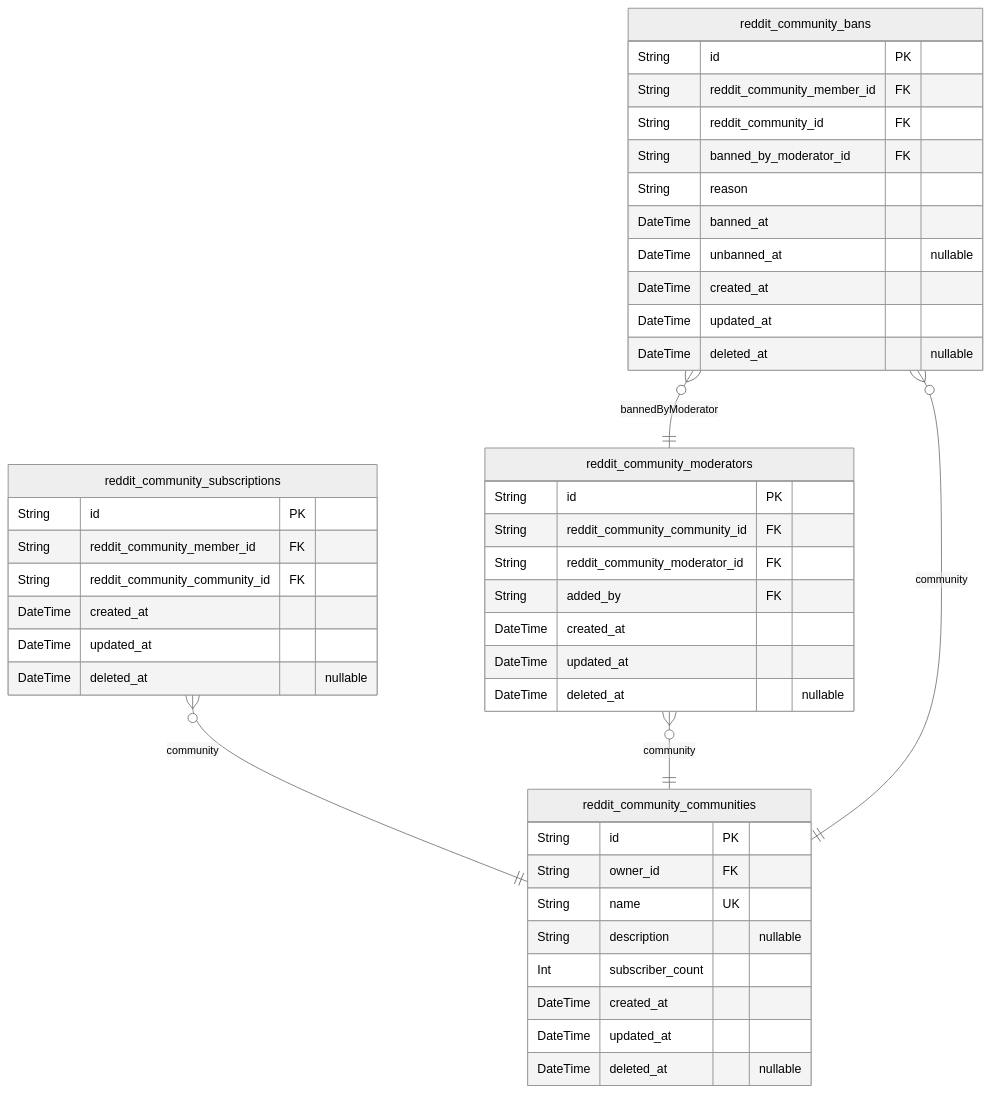
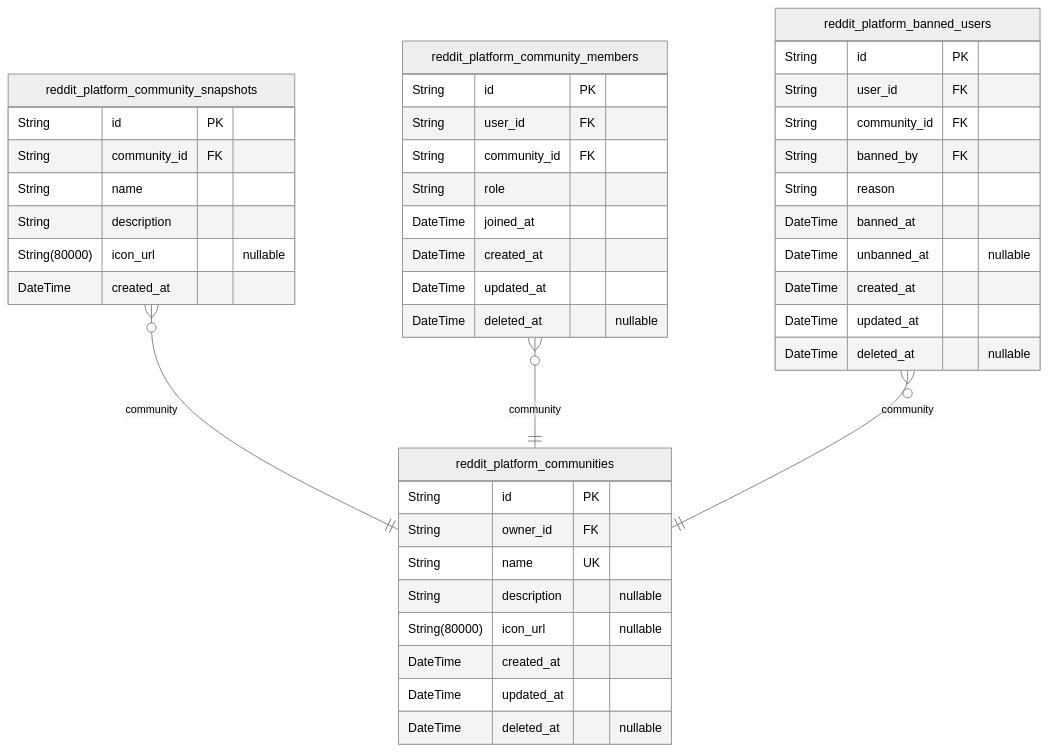
One commit to wrtnlabs/autobe-examples changed the second of 8 diagrams in qwen/qwen3.5-35b-a3b/reddit/docs/ERD.md. Above: the diagram before and after it, drawn with Mermaid (neutral theme). The commit also changed other lines of this file and 32093 other files, not shown here.

````diff
--- a/qwen/qwen3.5-35b-a3b/reddit/docs/ERD.md
+++ b/qwen/qwen3.5-35b-a3b/reddit/docs/ERD.md
@@ -311,46 +421,46 @@
 ```mermaid
 erDiagram
-"reddit_community_communities" {
+"reddit_platform_communities" {
   String id PK
   String owner_id FK
   String name UK
   String description "nullable"
-  Int subscriber_count
+  String(80000) icon_url "nullable"
   DateTime created_at
   DateTime updated_at
   DateTime deleted_at "nullable"
 }
-"reddit_community_subscriptions" {
+"reddit_platform_community_snapshots" {
   String id PK
-  String reddit_community_member_id FK
-  String reddit_community_community_id FK
+  String community_id FK
+  String name
+  String description
+  String(80000) icon_url "nullable"
+  DateTime created_at
+}
+"reddit_platform_community_members" {
+  String id PK
+  String user_id FK
+  String community_id FK
+  String role
+  DateTime joined_at
   DateTime created_at
   DateTime updated_at
   DateTime deleted_at "nullable"
 }
-"reddit_community_moderators" {
+"reddit_platform_banned_users" {
   String id PK
-  String reddit_community_community_id FK
-  String reddit_community_moderator_id FK
-  String added_by FK
-  DateTime created_at
-  DateTime updated_at
-  DateTime deleted_at "nullable"
-}
-"reddit_community_bans" {
-  String id PK
-  String reddit_community_member_id FK
-  String reddit_community_id FK
-  String banned_by_moderator_id FK
+  String user_id FK
+  String community_id FK
+  String banned_by FK
   String reason
   DateTime banned_at
   DateTime unbanned_at "nullable"
   DateTime created_at
   DateTime updated_at
   DateTime deleted_at "nullable"
 }
-"reddit_community_subscriptions" }o--|| "reddit_community_communities" : community
-"reddit_community_moderators" }o--|| "reddit_community_communities" : community
-"reddit_community_bans" }o--|| "reddit_community_communities" : community
-"reddit_community_bans" }o--|| "reddit_community_moderators" : bannedByModerator
+"reddit_platform_community_snapshots" }o--|| "reddit_platform_communities" : community
+"reddit_platform_community_members" }o--|| "reddit_platform_communities" : community
+"reddit_platform_banned_users" }o--|| "reddit_platform_communities" : community
 ```
````
